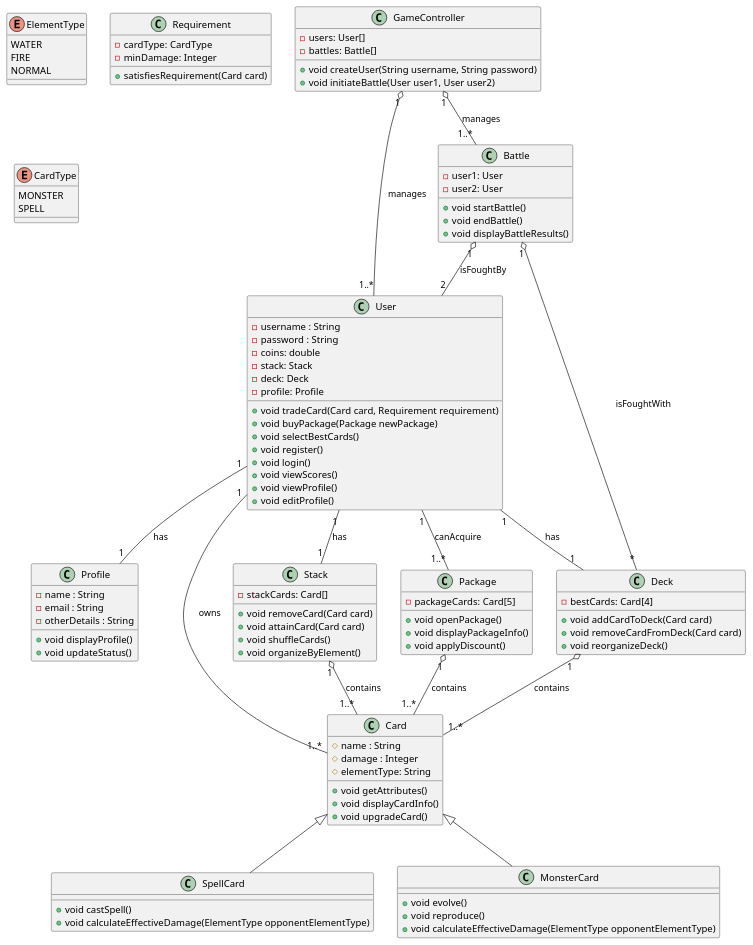
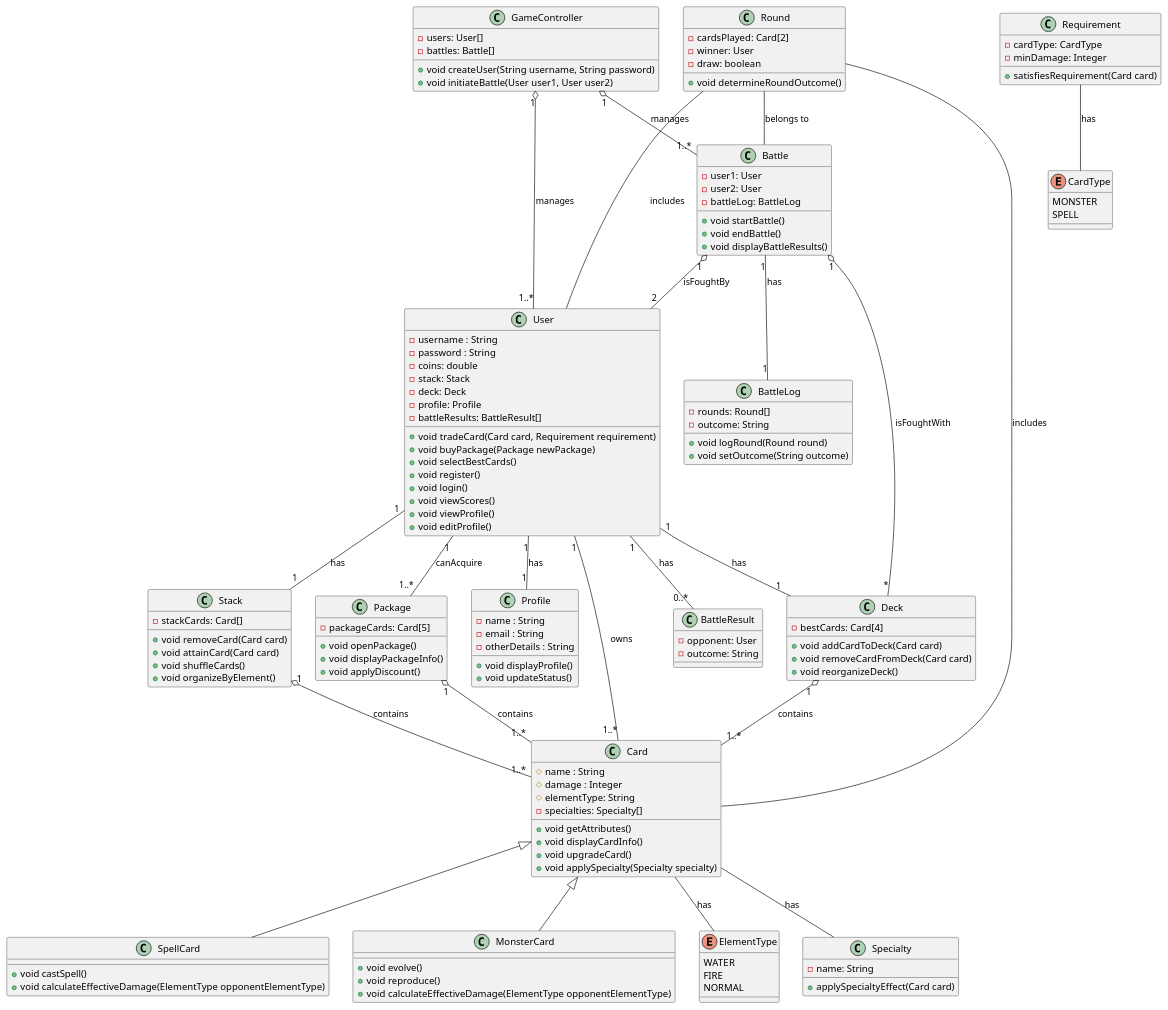
The diagram in src/main/java/org/example/Klassen.puml (gregory567/Monster-Trading-Cards-Game-MTCG), drawn with PlantUML before and after one commit.

Commit message:
updated plantUML diagram with more classes and connections for better planning of the implementation steps

```diff
--- a/src/main/java/org/example/Klassen.puml
+++ b/src/main/java/org/example/Klassen.puml
@@ -1,122 +1,160 @@
 @startuml
 'https://plantuml.com/sequence-diagram
 
 class User {
     - username : String
     - password : String
     - coins: double
     - stack: Stack
     - deck: Deck
     - profile: Profile
+    - battleResults: BattleResult[]
     + void tradeCard(Card card, Requirement requirement)
     + void buyPackage(Package newPackage)
     + void selectBestCards()
     + void register()
     + void login()
     + void viewScores()
     + void viewProfile()
     + void editProfile()
 }
 
 class Profile {
     - name : String
     - email : String
     - otherDetails : String
     + void displayProfile()
     + void updateStatus()
 }
 
 class Card {
     # name : String
     # damage : Integer
     # elementType: String
+    - specialties: Specialty[]
     + void getAttributes()
     + void displayCardInfo()
     + void upgradeCard()
+    + void applySpecialty(Specialty specialty)
 }
 
 class SpellCard {
     + void castSpell()
     + void calculateEffectiveDamage(ElementType opponentElementType)
 }
 
 class MonsterCard {
     + void evolve()
     + void reproduce()
     + void calculateEffectiveDamage(ElementType opponentElementType)
 }
 
 class Stack{
     - stackCards: Card[]
     + void removeCard(Card card)
     + void attainCard(Card card)
     + void shuffleCards()
     + void organizeByElement()
 }
 
 class Package {
     - packageCards: Card[5]
     + void openPackage()
     + void displayPackageInfo()
     + void applyDiscount()
 }
 
 class Deck {
     - bestCards: Card[4]
     + void addCardToDeck(Card card)
     + void removeCardFromDeck(Card card)
     + void reorganizeDeck()
 }
 
 enum ElementType {
     WATER
     FIRE
     NORMAL
 }
 
 class Requirement {
     - cardType: CardType
     - minDamage: Integer
     + satisfiesRequirement(Card card)
 }
 
 enum CardType {
     MONSTER
     SPELL
 }
 
+class Specialty {
+    - name: String
+    + applySpecialtyEffect(Card card)
+}
+
 class Battle {
     - user1: User
     - user2: User
+    - battleLog: BattleLog
     + void startBattle()
     + void endBattle()
     + void displayBattleResults()
 }
 
 class GameController {
     - users: User[]
     - battles: Battle[]
     + void createUser(String username, String password)
     + void initiateBattle(User user1, User user2)
 }
 
+class BattleLog {
+    - rounds: Round[]
+    - outcome: String
+    + void logRound(Round round)
+    + void setOutcome(String outcome)
+}
+
+class Round {
+    - cardsPlayed: Card[2]
+    - winner: User
+    - draw: boolean
+    + void determineRoundOutcome()
+}
+
+class BattleResult {
+    - opponent: User
+    - outcome: String
+}
+
 Card <|-- MonsterCard
 Card <|-- SpellCard
 
 User "1" -- "1..*" Card : owns
 User "1" -- "1" Deck : has
 User "1" -- "1..*" Package : canAcquire
 User "1" -- "1" Stack : has
 User "1" -- "1" Profile : has
+User "1" -- "0..*" BattleResult : has
 
 Stack "1" o-- "1..*" Card : contains
 Package "1" o-- "1..*" Card : contains
 Deck "1" o-- "1..*" Card : contains
 
 Battle "1" o-- "*" Deck : isFoughtWith
 Battle "1" o-- "2" User : isFoughtBy
+Battle "1" -- "1" BattleLog : has
 
 GameController "1" o-- "1..*" User : manages
 GameController "1" o-- "1..*" Battle : manages
 
+Card -- ElementType : has
+Requirement -- CardType : has
+Card -- Specialty : has
+
+Round -- Card : includes
+Round -- User : includes
+Round -- Battle : belongs to
+
 @enduml
```
